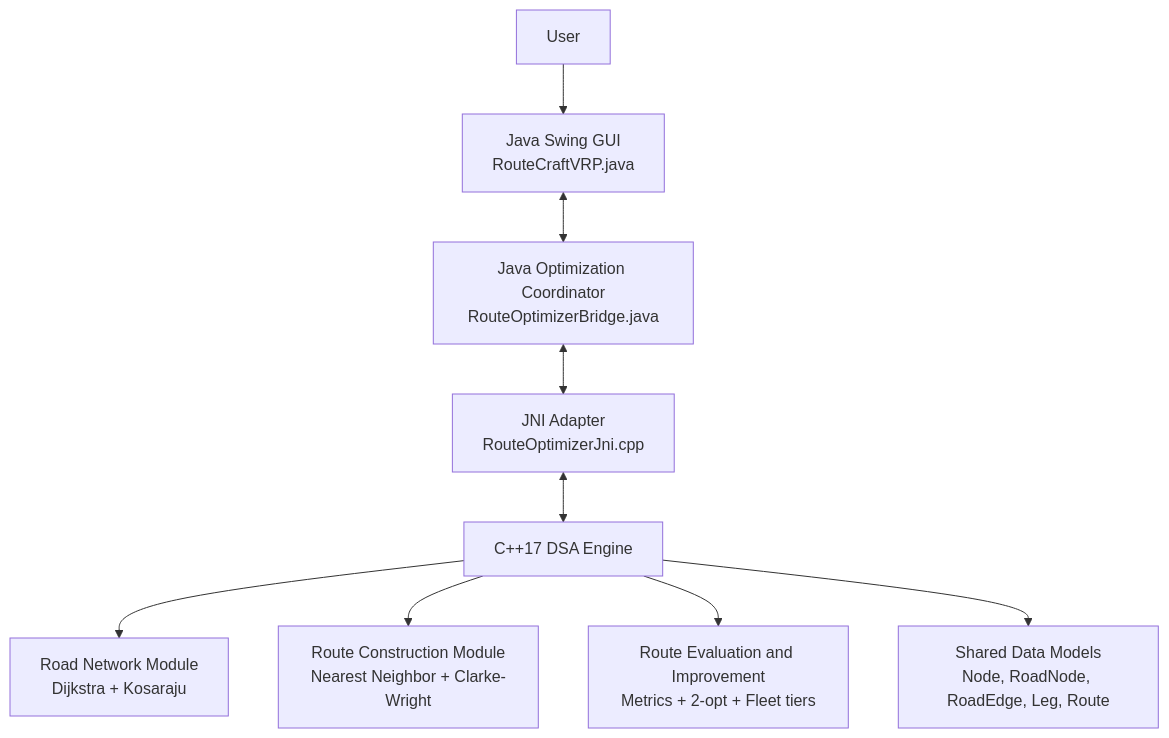
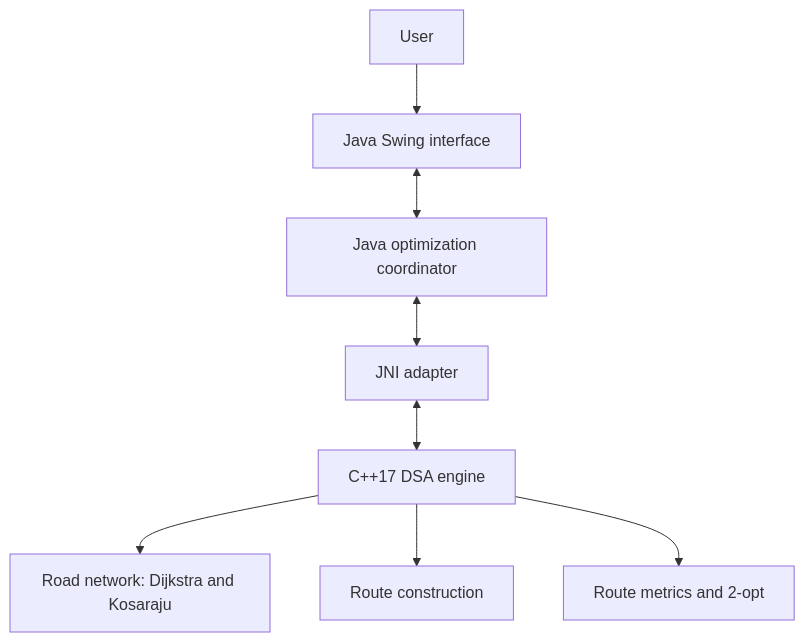
One commit to haritejameesala/RouteCraft-VRP changed the diagram in README.md. Above: the diagram before and after it, drawn with Mermaid. The commit also changed other lines of this file, not shown here.

````diff
--- a/README.md
+++ b/README.md
@@ -97,41 +54,10 @@
 ```mermaid
-
 flowchart TB
-
-    U[User]
-
-    UI[Java Swing GUI\nRouteCraftVRP.java]
-
-    ORCH[Java Optimization Coordinator\nRouteOptimizerBridge.java]
-
-    JNI[JNI Adapter\nRouteOptimizerJni.cpp]
-
-    CPP[C++17 DSA Engine]
-
-    GRAPH[Road Network Module\nDijkstra + Kosaraju]
-
-    ROUTE[Route Construction Module\nNearest Neighbor + Clarke-Wright]
-
-    IMPROVE[Route Evaluation and Improvement\nMetrics + 2-opt + Fleet tiers]
-
-    DATA[Shared Data Models\nNode, RoadNode, RoadEdge, Leg, Route]
-
-
-
-    U --> UI
-
-    UI <--> ORCH
-
-    ORCH <--> JNI
-
-    JNI <--> CPP
-
-    CPP --> GRAPH
-
-    CPP --> ROUTE
-
-    CPP --> IMPROVE
-
-    CPP --> DATA
-
+    U[User] --> UI[Java Swing interface]
+    UI <--> ORCH[Java optimization coordinator]
+    ORCH <--> JNI[JNI adapter]
+    JNI <--> CPP[C++17 DSA engine]
+    CPP --> GRAPH[Road network: Dijkstra and Kosaraju]
+    CPP --> ROUTE[Route construction]
+    CPP --> IMPROVE[Route metrics and 2-opt]
 ```
````
